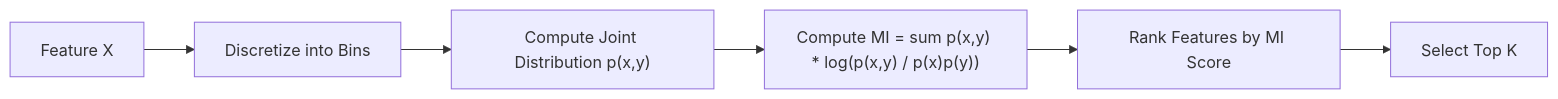
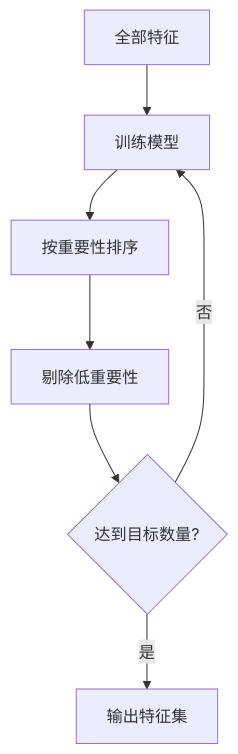
Before and after one commit to omigaZen/ai-engineering-from-scratch: the second of 3 diagrams in phases/02-ml-fundamentals/18-feature-selection/docs/zh.md, drawn with Mermaid. The commit also changed other lines of this file, not shown here.

````diff
--- a/phases/02-ml-fundamentals/18-feature-selection/docs/zh.md
+++ b/phases/02-ml-fundamentals/18-feature-selection/docs/zh.md
@@ -109,8 +90,9 @@
 ```mermaid
-flowchart LR
-    A[Feature X] --> B[Discretize into Bins]
-    B --> C["Compute Joint Distribution p(x,y)"]
-    C --> D["Compute MI = sum p(x,y) * log(p(x,y) / p(x)p(y))"]
-    D --> E["Rank Features by MI Score"]
-    E --> F[Select Top K]
+flowchart TD
+    A[全部特征] --> B[训练模型]
+    B --> C[按重要性排序]
+    C --> D[剔除低重要性]
+    D --> E{达到目标数量?}
+    E -->|否| B
+    E -->|是| F[输出特征集]
 ```
````
